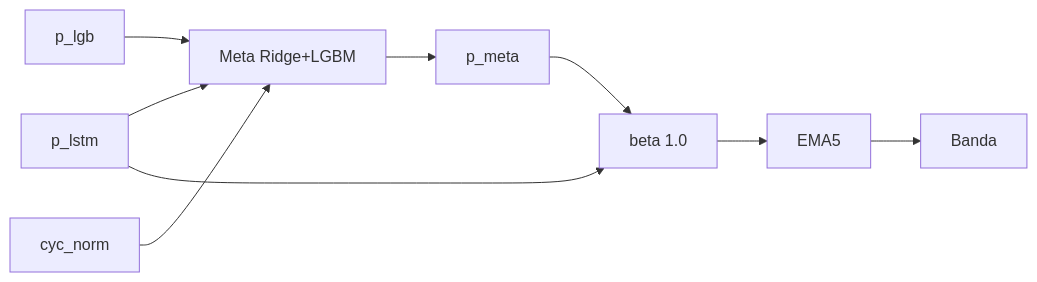
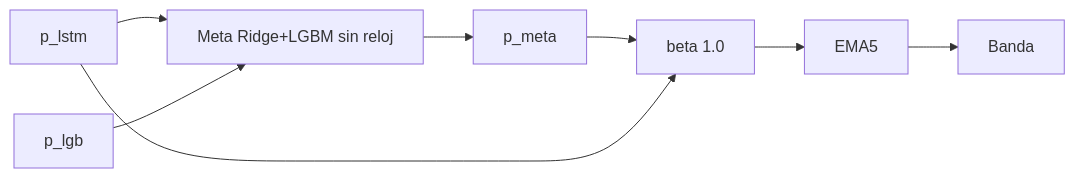
One commit to mikelrh-dev/nasa-rul-ds02 changed the diagram in MLProyectVault/20-Sistema/s10-stacking-hibrido.md. Above: the diagram before and after it, drawn with Mermaid. The commit also changed other lines of this file and 27 other files, not shown here.

````diff
--- a/MLProyectVault/20-Sistema/s10-stacking-hibrido.md
+++ b/MLProyectVault/20-Sistema/s10-stacking-hibrido.md
@@ -38,11 +38,10 @@
 ```mermaid
 flowchart LR
-    A[p_lstm] --> C[Meta Ridge+LGBM]
+    A[p_lstm] --> C[Meta Ridge+LGBM sin reloj]
     B[p_lgb] --> C
-    N[cyc_norm] --> C
     C --> D[p_meta]
     D --> E[beta 1.0]
     A --> E
     E --> F[EMA5]
     F --> G[Banda]
 ```
````
